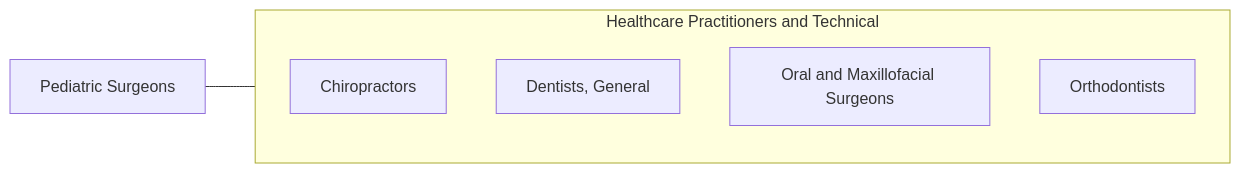
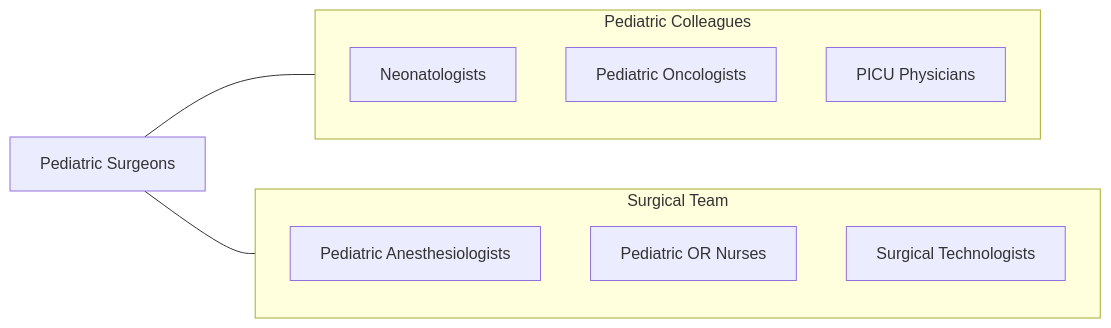
Before and after one commit to kziemski/business.org.ai: the fourth of 4 diagrams in occupations/HealthcarePractitioners/PediatricSurgeons.mdx, drawn with Mermaid. The commit also changed other lines of this file and 938 other files, not shown here.

````diff
--- a/occupations/HealthcarePractitioners/PediatricSurgeons.mdx
+++ b/occupations/HealthcarePractitioners/PediatricSurgeons.mdx
@@ -116,13 +182,19 @@
 ```mermaid
 graph LR
     Current["Pediatric Surgeons"]
 
-    subgraph SameCategory["Healthcare Practitioners and Technical"]
-        Chiropractors["Chiropractors"]
-        DentistsGeneral["Dentists, General"]
-        OralAndMaxillofacial["Oral and Maxillofacial Surgeons"]
-        Orthodontists["Orthodontists"]
+    subgraph PedTeam["Pediatric Colleagues"]
+        Neonatologists["Neonatologists"]
+        PedOncologists["Pediatric Oncologists"]
+        PedIntensivists["PICU Physicians"]
     end
 
-    Current --- SameCategory
+    subgraph Surgical["Surgical Team"]
+        PedAnesthesia["Pediatric Anesthesiologists"]
+        PedNurses["Pediatric OR Nurses"]
+        SurgTechs["Surgical Technologists"]
+    end
+
+    Current --- PedTeam
+    Current --- Surgical
 ```
````
